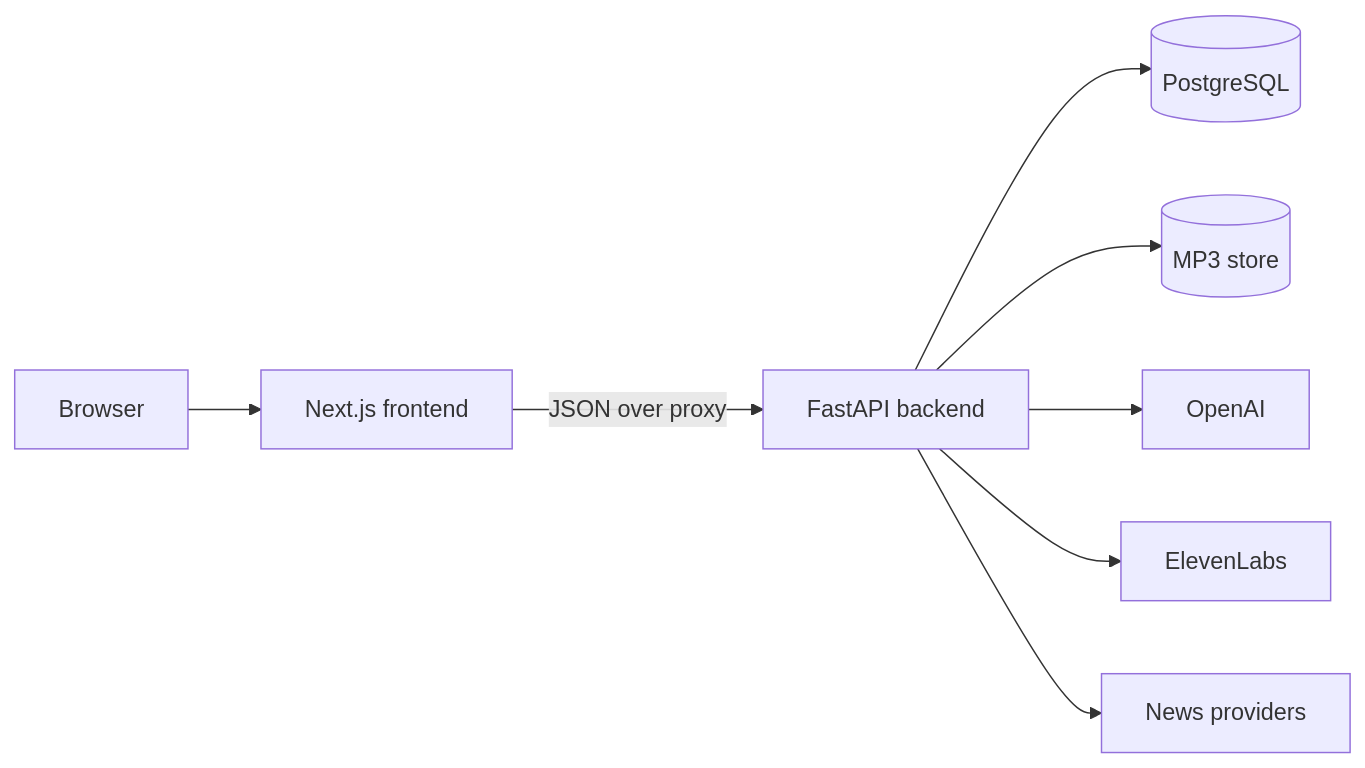
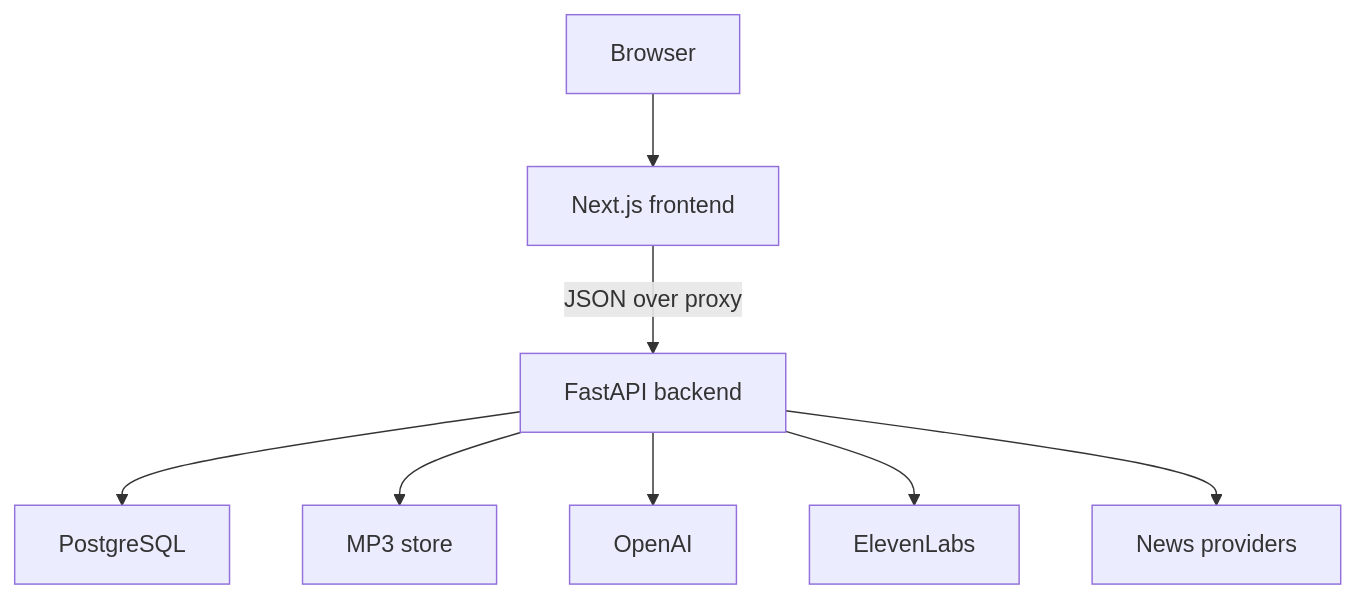
Before and after one commit to Miles762/-Hardik-personal-podcast-generator: the first of 2 diagrams in README.md, drawn with Mermaid. The commit also changed other lines of this file and 1 other file, not shown here.

Commit message:
Fix Mermaid diagram labels getting clipped in some viewers

````diff
--- a/README.md
+++ b/README.md
@@ -64,10 +64,10 @@
 ```mermaid
-flowchart LR
-  User[Browser] --> FE[Next.js frontend]
-  FE -->|JSON over proxy| BE[FastAPI backend]
-  BE --> DB[(PostgreSQL)]
-  BE --> Files[(MP3 store)]
-  BE --> OpenAI[OpenAI]
-  BE --> Eleven[ElevenLabs]
-  BE --> News[News providers]
+flowchart TD
+  User["Browser"] --> FE["Next.js frontend"]
+  FE -->|"JSON over proxy"| BE["FastAPI backend"]
+  BE --> DB["PostgreSQL"]
+  BE --> Files["MP3 store"]
+  BE --> OpenAI["OpenAI"]
+  BE --> Eleven["ElevenLabs"]
+  BE --> News["News providers"]
 ```
````
